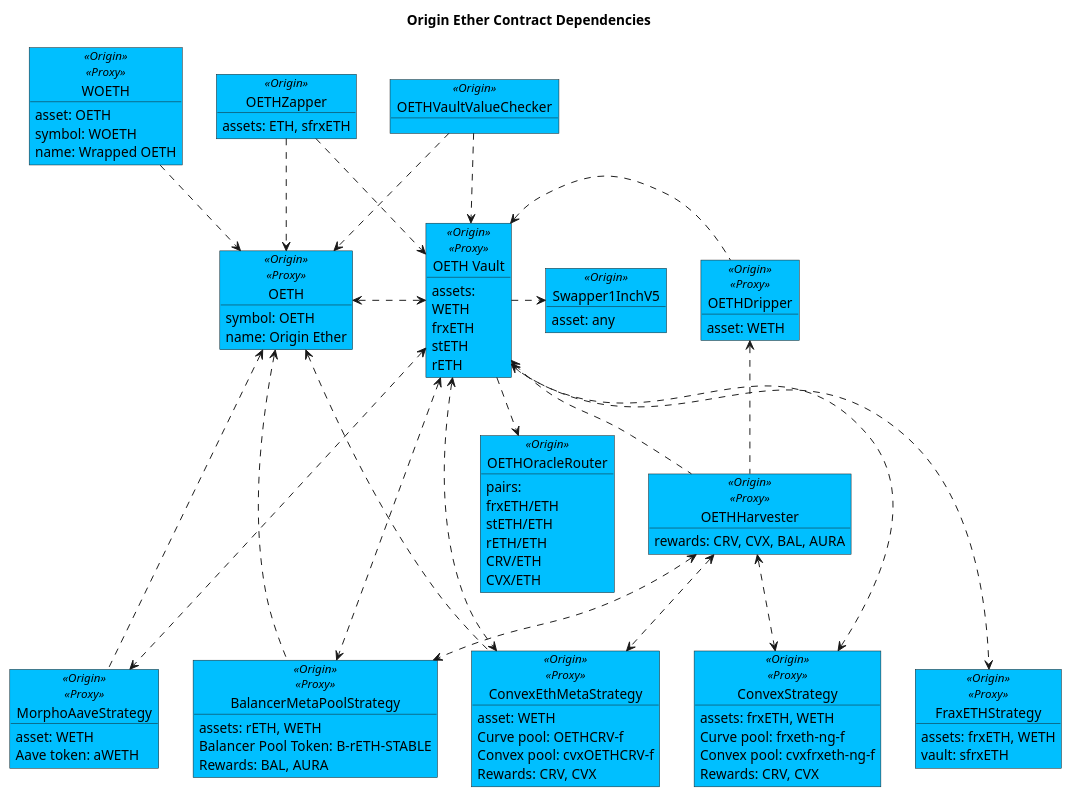
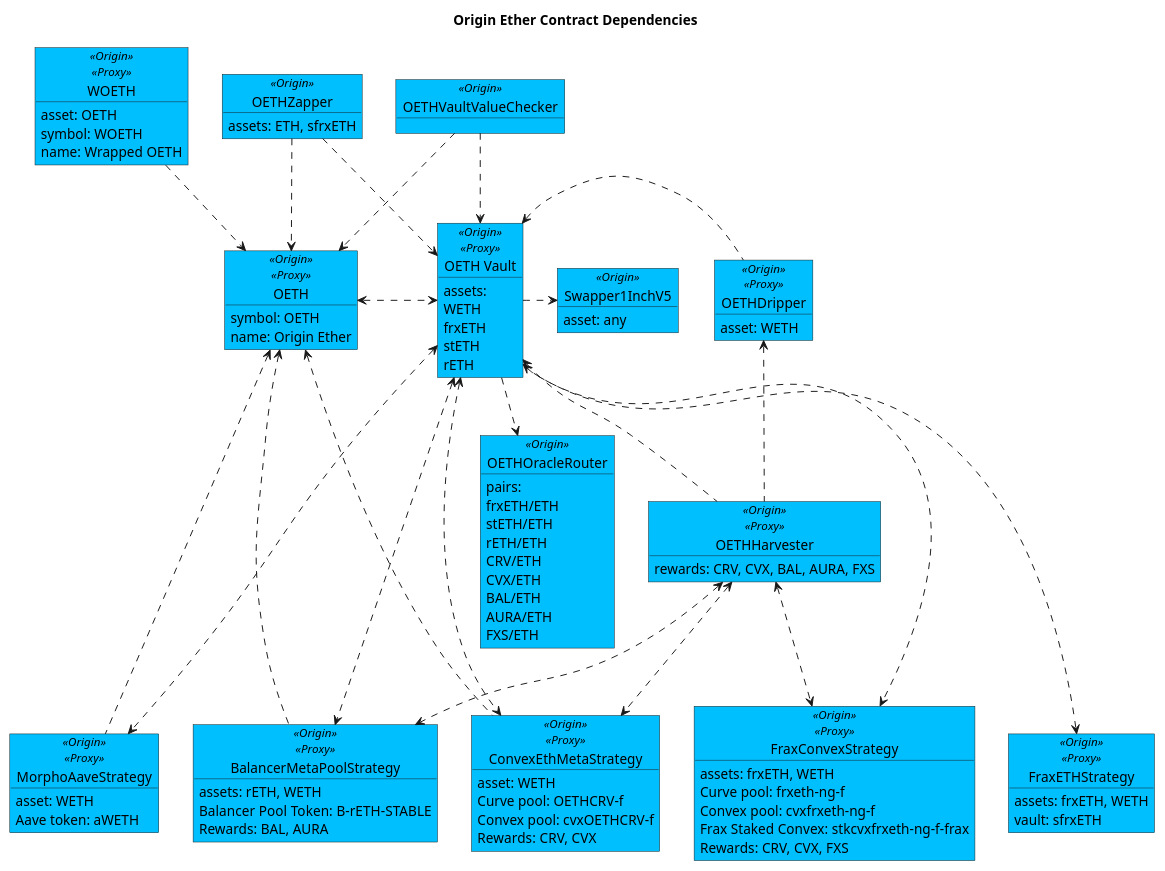
The diagram in contracts/docs/plantuml/oethContracts.puml (OriginProtocol/origin-dollar), drawn with PlantUML before and after one commit. The commit also changed 3 other files, not shown here.

Commit message:
Polish Frax Convex Strategy comments Updated OETH contracts diagram

```diff
--- a/contracts/docs/plantuml/oethContracts.puml
+++ b/contracts/docs/plantuml/oethContracts.puml
@@ -37,7 +37,7 @@
 }
 
 object "OETHHarvester" as harv <<Origin>><<Proxy>> #DeepSkyBlue {
-    rewards: CRV, CVX, BAL, AURA
+    rewards: CRV, CVX, BAL, AURA, FXS
 }
 
 ' Strategies
@@ -55,20 +55,24 @@
     asset: WETH
     Aave token: aWETH
 }
-
 object "BalancerMetaPoolStrategy" as balancerStrat <<Origin>><<Proxy>> #DeepSkyBlue {
     assets: rETH, WETH
     Balancer Pool Token: B-rETH-STABLE
     Rewards: BAL, AURA
 }
-
-object "ConvexStrategy" as convexFrxEthWethStrat <<Origin>><<Proxy>> #DeepSkyBlue {
+' object "ConvexStrategy" as convexFrxEthWethStrat <<Origin>><<Proxy>> #DeepSkyBlue {
+'     assets: frxETH, WETH
+'     Curve pool: frxeth-ng-f
+'     Convex pool: cvxfrxeth-ng-f
+'     Rewards: CRV, CVX
+' }
+object "FraxConvexStrategy" as fraxConvexFrxEthWethStrat <<Origin>><<Proxy>> #DeepSkyBlue {
     assets: frxETH, WETH
     Curve pool: frxeth-ng-f
     Convex pool: cvxfrxeth-ng-f
-    Rewards: CRV, CVX
+    Frax Staked Convex: stkcvxfrxeth-ng-f-frax
+    Rewards: CRV, CVX, FXS
 }
-
 
 ' Oracle
 object "OETHOracleRouter" as oracle <<Origin>> #DeepSkyBlue {
@@ -77,7 +81,10 @@
     stETH/ETH
     rETH/ETH
     CRV/ETH
-    CVX/ETH 
+    CVX/ETH
+    BAL/ETH
+    AURA/ETH
+    FXS/ETH
 }
 
 ' object "EACAggregatorProxy" as chain <<Chainlink>> {
@@ -224,8 +231,12 @@
 harv <..> balancerStrat
 
 ' Convex Strategy for frxETH/WETH pool
-oethv <...> convexFrxEthWethStrat
-harv <..> convexFrxEthWethStrat
+' oethv <...> convexFrxEthWethStrat
+' harv <..> convexFrxEthWethStrat
+
+' Frax Convex Strategy for frxETH/WETH pool
+oethv <...> fraxConvexFrxEthWethStrat
+harv <..> fraxConvexFrxEthWethStrat
 
 ' ' Vault to Assets
 ' oethv .....> frxeth
```
